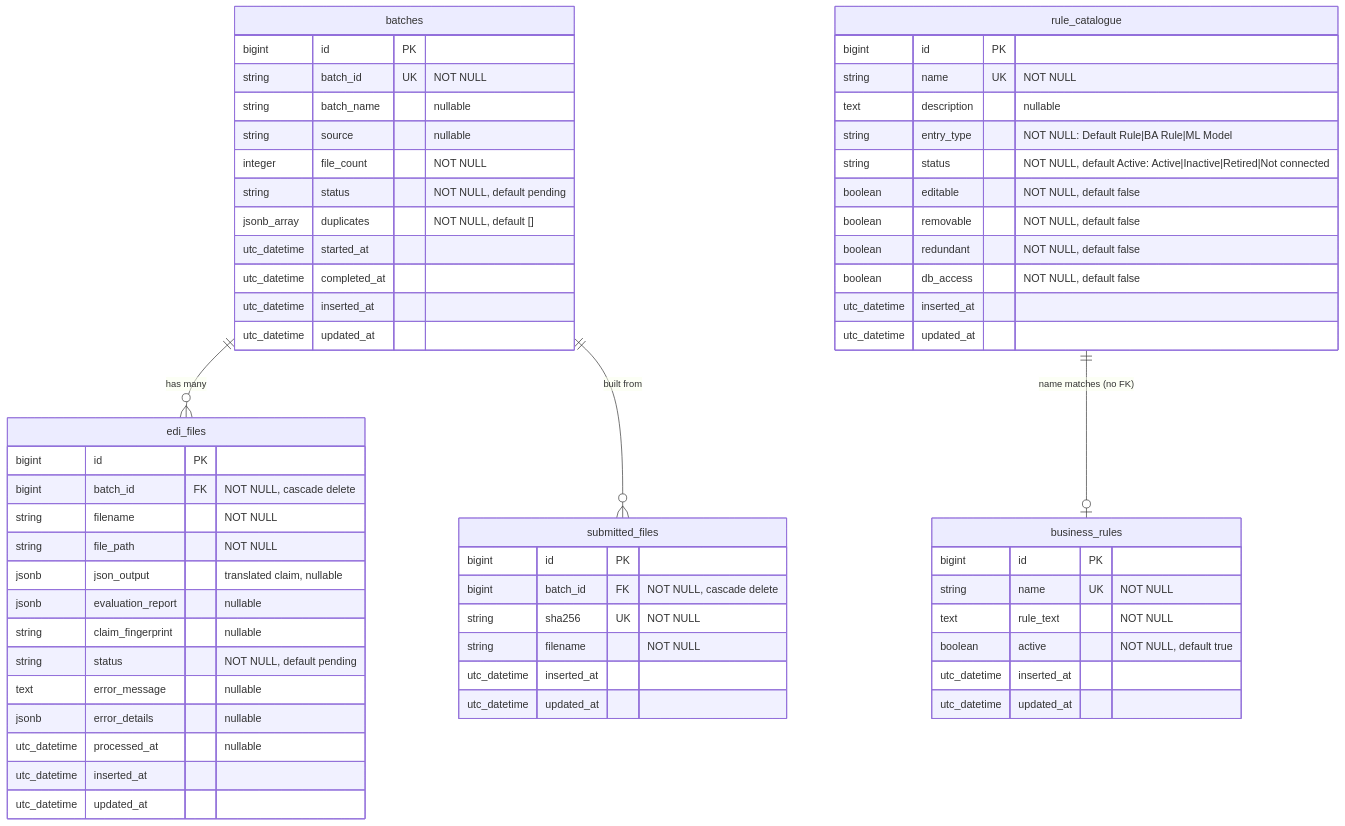
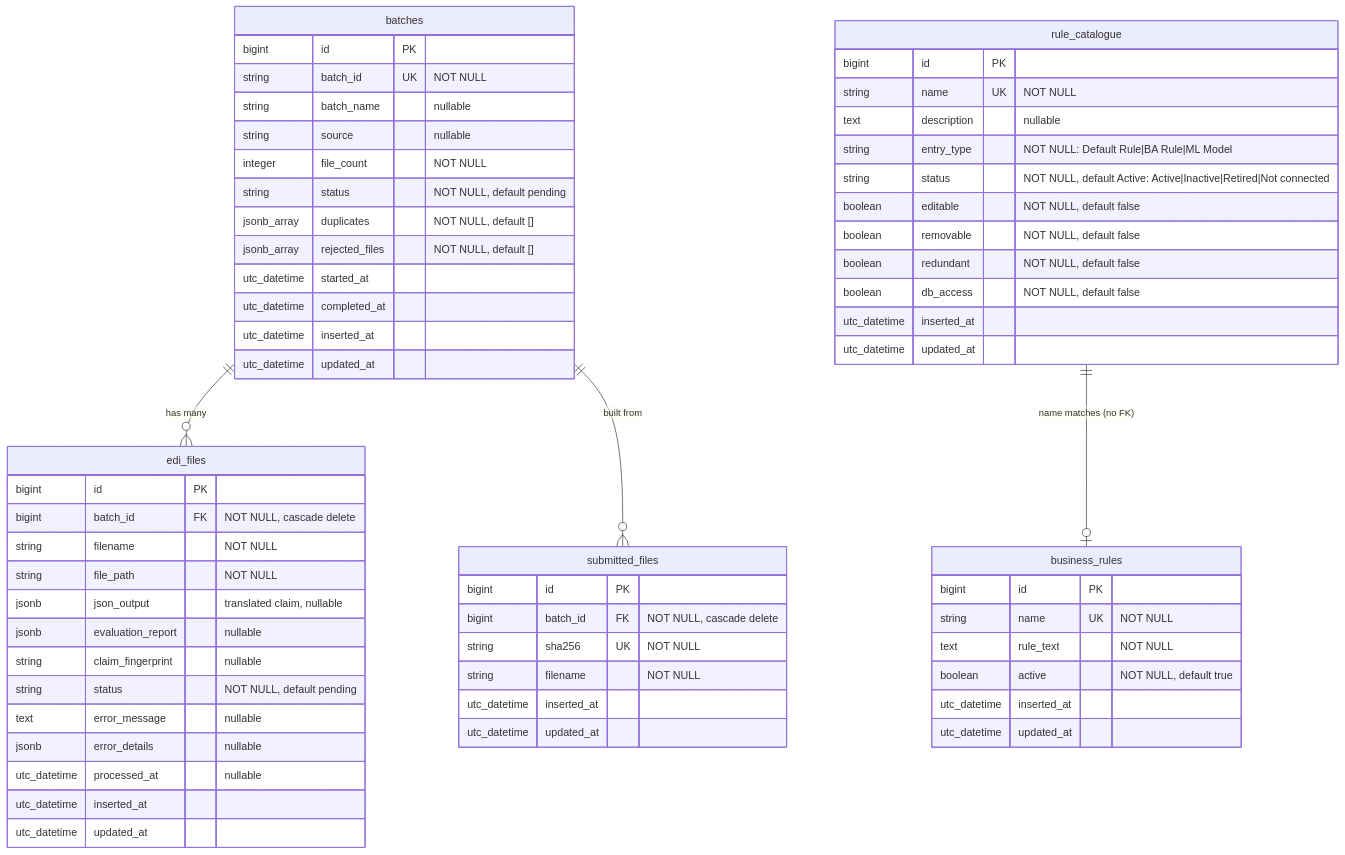
The first of 3 diagrams in docs/DATABASE_ERD.md (donfox/medicaid_claims_checker), drawn with Mermaid before and after one commit. The commit also changed other lines of this file and 20 other files, not shown here.

````diff
--- a/docs/DATABASE_ERD.md
+++ b/docs/DATABASE_ERD.md
@@ -9,68 +9,69 @@
 ```mermaid
 erDiagram
     batches ||--o{ edi_files : "has many"
     batches ||--o{ submitted_files : "built from"
     rule_catalogue ||--o| business_rules : "name matches (no FK)"
 
     batches {
         bigint id PK
         string batch_id UK "NOT NULL"
         string batch_name "nullable"
         string source "nullable"
         integer file_count "NOT NULL"
         string status "NOT NULL, default pending"
         jsonb_array duplicates "NOT NULL, default []"
+        jsonb_array rejected_files "NOT NULL, default []"
         utc_datetime started_at
         utc_datetime completed_at
         utc_datetime inserted_at
         utc_datetime updated_at
     }
 
     edi_files {
         bigint id PK
         bigint batch_id FK "NOT NULL, cascade delete"
         string filename "NOT NULL"
         string file_path "NOT NULL"
         jsonb json_output "translated claim, nullable"
         jsonb evaluation_report "nullable"
         string claim_fingerprint "nullable"
         string status "NOT NULL, default pending"
         text error_message "nullable"
         jsonb error_details "nullable"
         utc_datetime processed_at "nullable"
         utc_datetime inserted_at
         utc_datetime updated_at
     }
 
     submitted_files {
         bigint id PK
         bigint batch_id FK "NOT NULL, cascade delete"
         string sha256 UK "NOT NULL"
         string filename "NOT NULL"
         utc_datetime inserted_at
         utc_datetime updated_at
     }
 
     rule_catalogue {
         bigint id PK
         string name UK "NOT NULL"
         text description "nullable"
         string entry_type "NOT NULL: Default Rule|BA Rule|ML Model"
         string status "NOT NULL, default Active: Active|Inactive|Retired|Not connected"
         boolean editable "NOT NULL, default false"
         boolean removable "NOT NULL, default false"
         boolean redundant "NOT NULL, default false"
         boolean db_access "NOT NULL, default false"
         utc_datetime inserted_at
         utc_datetime updated_at
     }
 
     business_rules {
         bigint id PK
         string name UK "NOT NULL"
         text rule_text "NOT NULL"
         boolean active "NOT NULL, default true"
         utc_datetime inserted_at
         utc_datetime updated_at
     }
 ```
````
